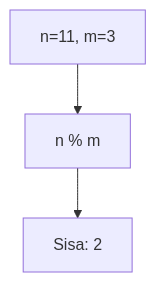
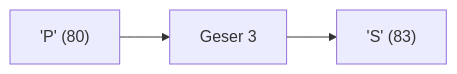
Before and after one commit to amnahwaida/OSNK_INF_PREP: the third of 25 diagrams in part-c-pemahaman-cpp/01-tipe-data/latihan/set-12.md, drawn with Mermaid. The commit also changed other lines of this file and 71 other files, not shown here.

````diff
--- a/part-c-pemahaman-cpp/01-tipe-data/latihan/set-12.md
+++ b/part-c-pemahaman-cpp/01-tipe-data/latihan/set-12.md
@@ -77,5 +78,5 @@
 ```mermaid
-graph TD
-A["n=11, m=3"] --> B["n % m"]
-B --> C["Sisa: 2"]
+graph LR
+A["'P' (80)"] --> B["Geser 3"]
+B --> C["'S' (83)"]
 ```
````
